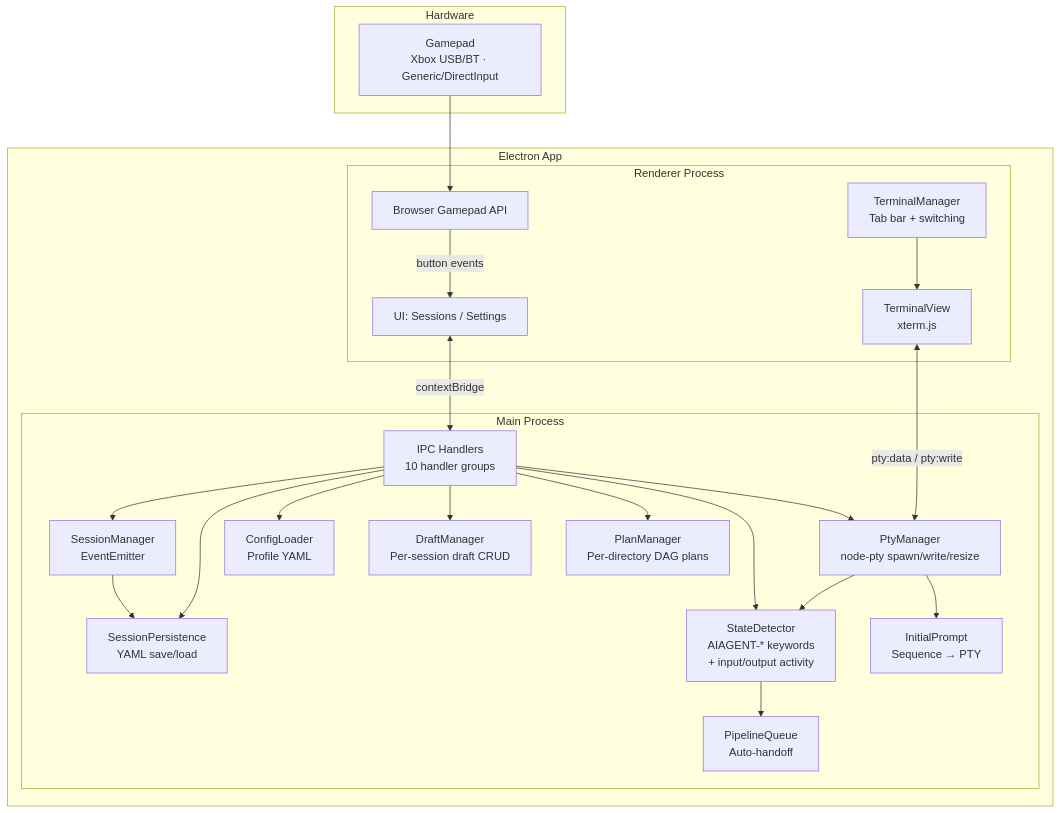
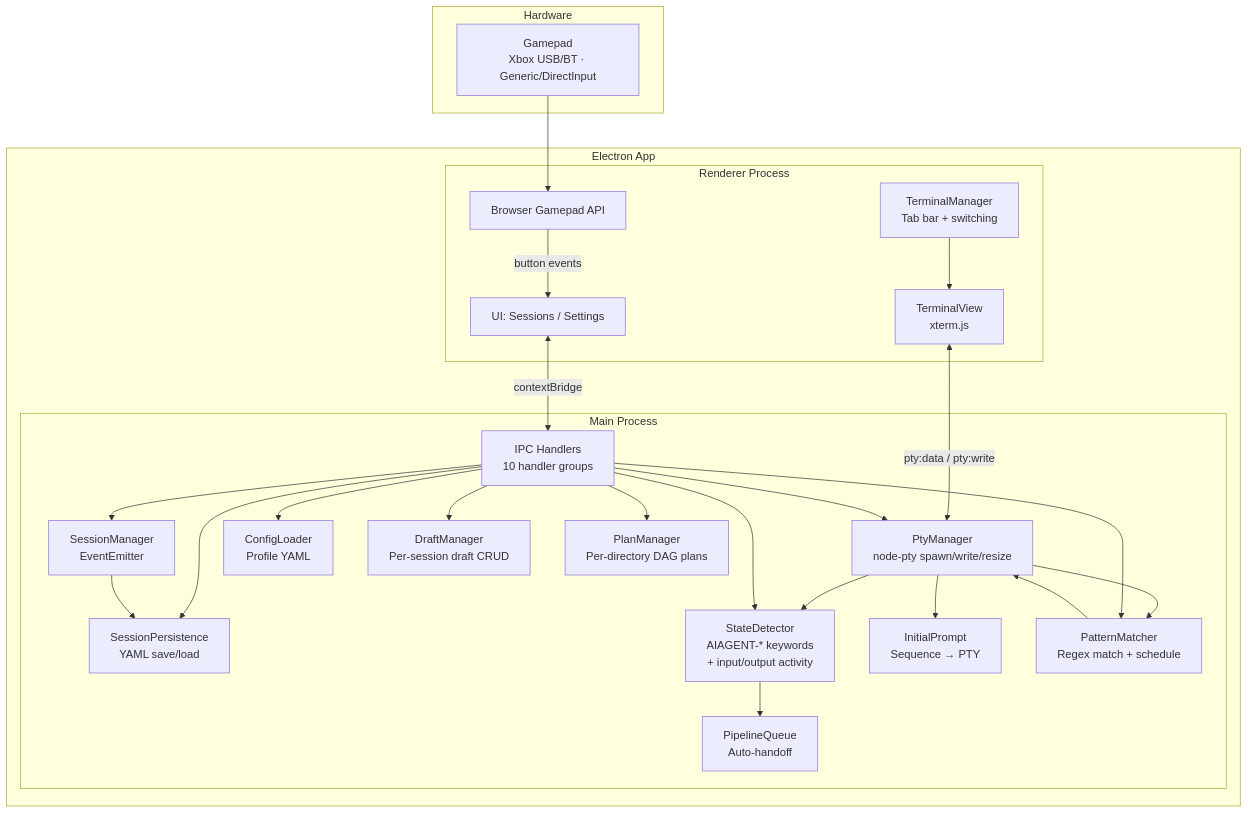
Before and after one commit to PetePeter/gamepad-cli-hub: the diagram in CLAUDE.md, drawn with Mermaid. The commit also changed other lines of this file and 19 other files, not shown here.

First line of the commit message:
feat: Pattern Matcher — per-CLI regex rules trigger PTY actions

````diff
--- a/CLAUDE.md
+++ b/CLAUDE.md
@@ -9,46 +9,50 @@
 ```mermaid
 graph TB
     subgraph Hardware
         XC[Gamepad<br/>Xbox USB/BT · Generic/DirectInput]
     end
 
     subgraph "Electron App"
         subgraph "Renderer Process"
             UI[UI: Sessions / Settings]
             BGA[Browser Gamepad API]
             TM[TerminalManager<br/>Tab bar + switching]
             TV[TerminalView<br/>xterm.js]
         end
 
         subgraph "Main Process"
             IPC[IPC Handlers<br/>10 handler groups]
             SM[SessionManager<br/>EventEmitter]
             SP[SessionPersistence<br/>YAML save/load]
             PTY[PtyManager<br/>node-pty spawn/write/resize]
             SD[StateDetector<br/>AIAGENT-* keywords<br/>+ input/output activity]
             PQ[PipelineQueue<br/>Auto-handoff]
             IP[InitialPrompt<br/>Sequence → PTY]
             CL[ConfigLoader<br/>Profile YAML]
             DM[DraftManager<br/>Per-session draft CRUD]
             PM[PlanManager<br/>Per-directory DAG plans]
+            PMATCH[PatternMatcher<br/>Regex match + schedule]
         end
 
         UI <-->|contextBridge| IPC
         BGA -->|button events| UI
         TM --> TV
         TV <-->|pty:data / pty:write| PTY
     end
 
     XC --> BGA
     IPC --> SM
     IPC --> SP
     IPC --> PTY
     IPC --> CL
     IPC --> DM
     IPC --> PM
     SM --> SP
     PTY --> SD
     IPC --> SD
     SD --> PQ
     PTY --> IP
+    PTY --> PMATCH
+    IPC --> PMATCH
+    PMATCH --> PTY
 ```
````
